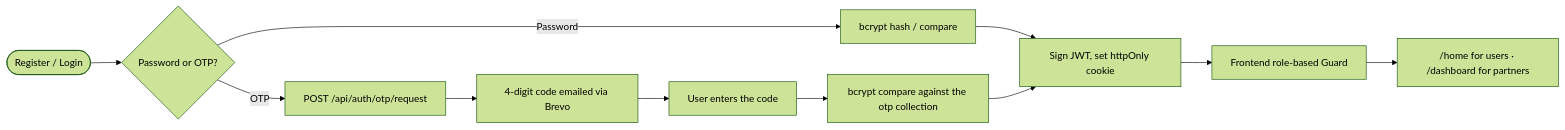
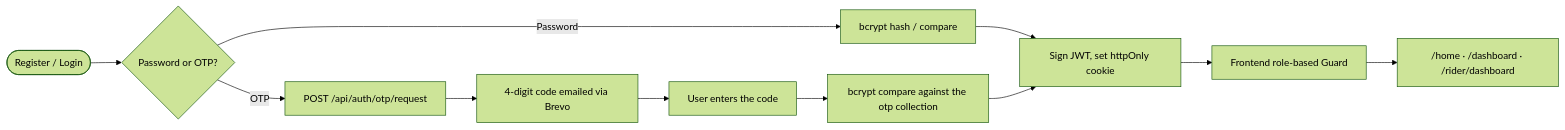
One commit to titoo9201/ZomaFeeds changed the fifth of 5 diagrams in README.md. Above: the diagram before and after it, drawn with Mermaid (forest theme). The commit also changed other lines of this file and 73 other files, not shown here.

````diff
--- a/README.md
+++ b/README.md
@@ -273,13 +401,13 @@
 ```mermaid
 flowchart LR
     Start(["Register / Login"]) --> Choice{"Password or OTP?"}
     Choice -- Password --> PwCheck["bcrypt hash / compare"]
     Choice -- OTP --> Req["POST /api/auth/otp/request"]
     Req --> Mail["4-digit code emailed via Brevo"]
     Mail --> Enter["User enters the code"]
     Enter --> OtpCheck["bcrypt compare against the otp collection"]
     PwCheck --> Sign["Sign JWT, set httpOnly cookie"]
     OtpCheck --> Sign
     Sign --> Guard["Frontend role-based Guard"]
-    Guard --> Land["/home for users · /dashboard for partners"]
+    Guard --> Land["/home · /dashboard · /rider/dashboard"]
 ```
````
